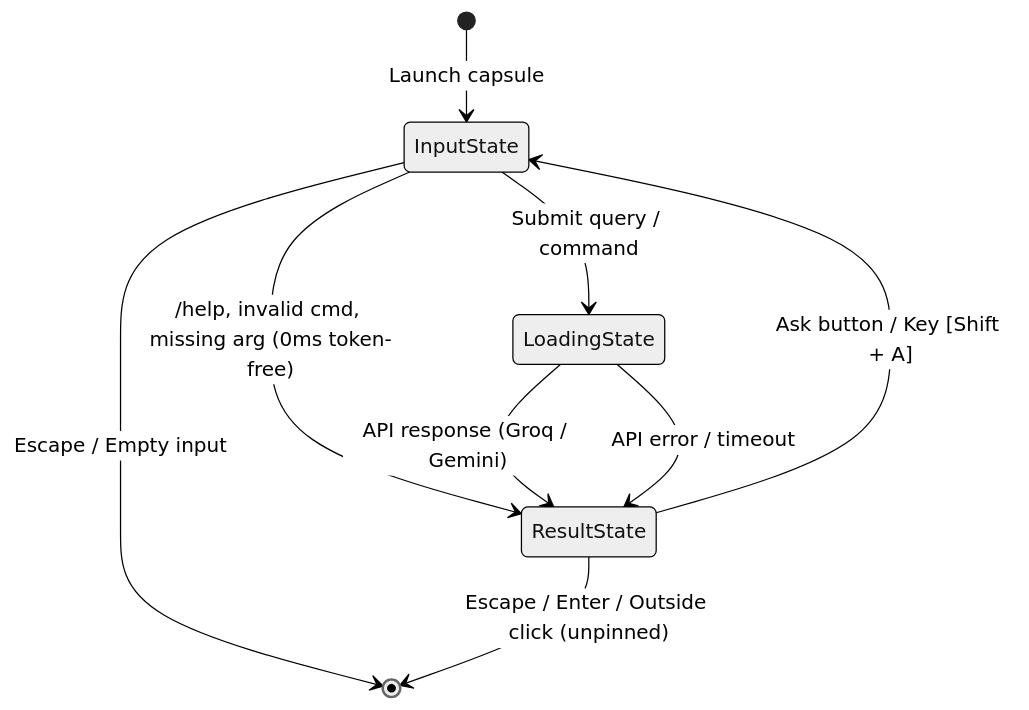
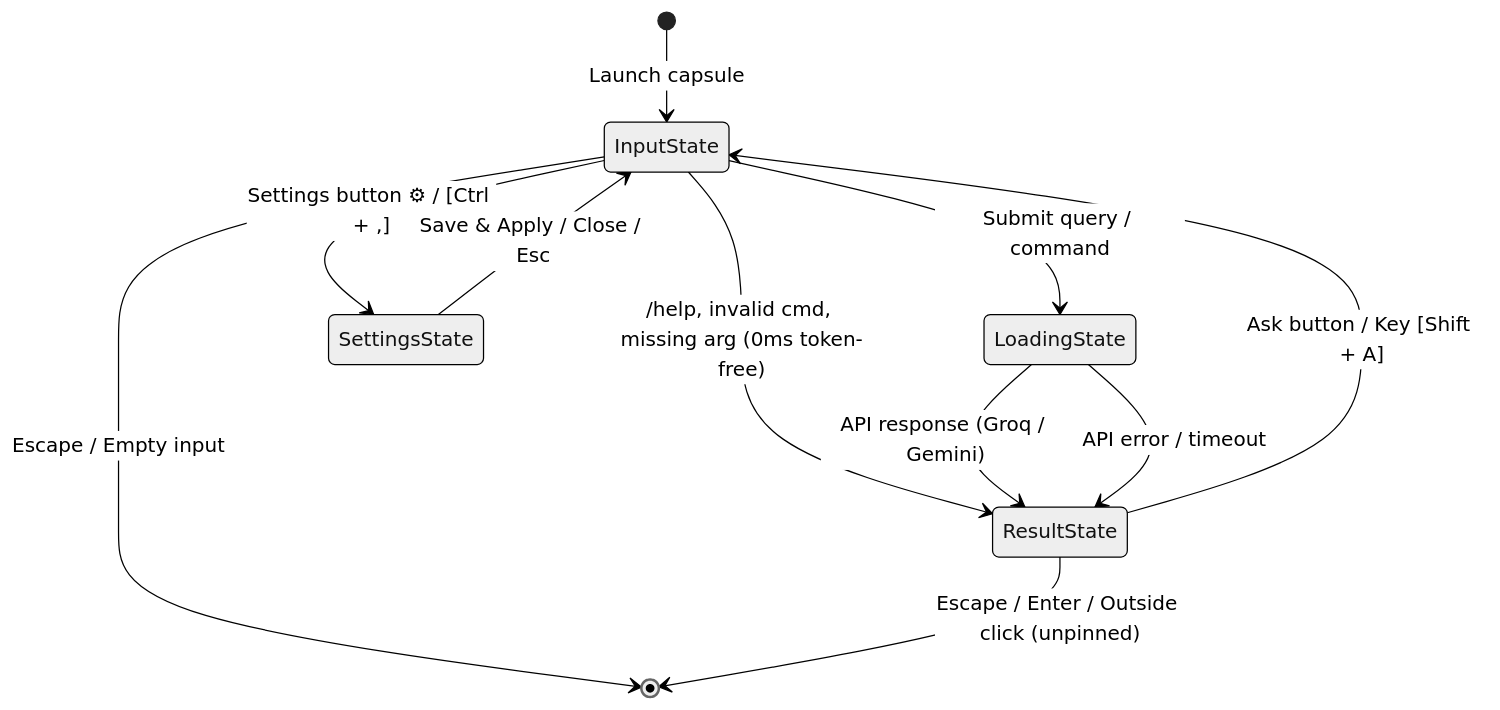
Before and after one commit to tw-vapas/CAsk: the second of 2 diagrams in context.md, drawn with Mermaid (neutral theme). The commit also changed other lines of this file and 4 other files, not shown here.

````diff
--- a/context.md
+++ b/context.md
@@ -68,11 +68,13 @@
 ```mermaid
 stateDiagram-v2
     [*] --> InputState: Launch capsule
     InputState --> LoadingState: Submit query / command
+    InputState --> SettingsState: Settings button ⚙ / [Ctrl + ,]
+    SettingsState --> InputState: Save & Apply / Close / Esc
     InputState --> ResultState: /help, invalid cmd, missing arg (0ms token-free)
     InputState --> [*]: Escape / Empty input
     LoadingState --> ResultState: API response (Groq / Gemini)
     LoadingState --> ResultState: API error / timeout
     ResultState --> InputState: Ask button / Key [Shift + A]
     ResultState --> [*]: Escape / Enter / Outside click (unpinned)
 ```
````
